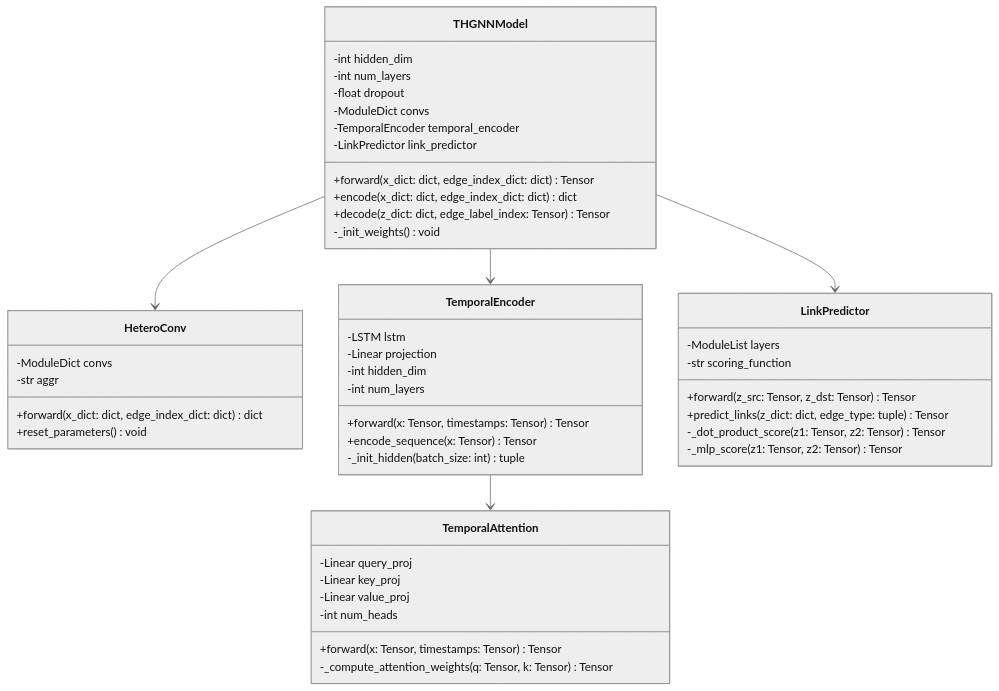
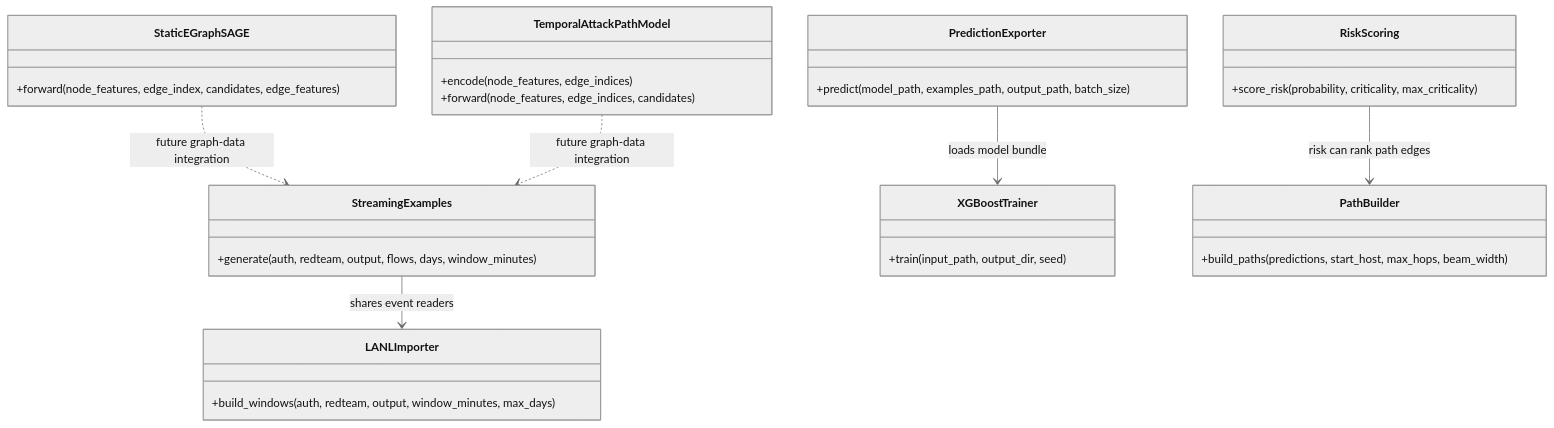
The diagram in documentation/architecture/UML_CLASS_DIAGRAMS.md (yukta2505/lanl-temporal-gnn-attack-path-prediction), drawn with Mermaid (neutral theme) before and after one commit. The commit also changed other lines of this file and 136 other files, not shown here.

````diff
--- a/documentation/architecture/UML_CLASS_DIAGRAMS.md
+++ b/documentation/architecture/UML_CLASS_DIAGRAMS.md
@@ -178,55 +6,33 @@
 ```mermaid
 classDiagram
-    class THGNNModel {
-        -int hidden_dim
-        -int num_layers
-        -float dropout
-        -ModuleDict convs
-        -TemporalEncoder temporal_encoder
-        -LinkPredictor link_predictor
-        +forward(x_dict: dict, edge_index_dict: dict) Tensor
-        +encode(x_dict: dict, edge_index_dict: dict) dict
-        +decode(z_dict: dict, edge_label_index: Tensor) Tensor
-        -_init_weights() void
+    class LANLImporter {
+        +build_windows(auth, redteam, output, window_minutes, max_days)
     }
-
-    class HeteroConv {
-        -ModuleDict convs
-        -str aggr
-        +forward(x_dict: dict, edge_index_dict: dict) dict
-        +reset_parameters() void
+    class StreamingExamples {
+        +generate(auth, redteam, output, flows, days, window_minutes)
     }
-
-    class TemporalEncoder {
-        -LSTM lstm
-        -Linear projection
-        -int hidden_dim
-        -int num_layers
-        +forward(x: Tensor, timestamps: Tensor) Tensor
-        +encode_sequence(x: Tensor) Tensor
-        -_init_hidden(batch_size: int) tuple
+    class XGBoostTrainer {
+        +train(input_path, output_dir, seed)
     }
-
-    class TemporalAttention {
-        -Linear query_proj
-        -Linear key_proj
-        -Linear value_proj
-        -int num_heads
-        +forward(x: Tensor, timestamps: Tensor) Tensor
-        -_compute_attention_weights(q: Tensor, k: Tensor) Tensor
+    class PredictionExporter {
+        +predict(model_path, examples_path, output_path, batch_size)
     }
-
-    class LinkPredictor {
-        -ModuleList layers
-        -str scoring_function
-        +forward(z_src: Tensor, z_dst: Tensor) Tensor
-        +predict_links(z_dict: dict, edge_type: tuple) Tensor
-        -_dot_product_score(z1: Tensor, z2: Tensor) Tensor
-        -_mlp_score(z1: Tensor, z2: Tensor) Tensor
+    class StaticEGraphSAGE {
+        +forward(node_features, edge_index, candidates, edge_features)
     }
-
-    THGNNModel --> HeteroConv
-    THGNNModel --> TemporalEncoder
-    THGNNModel --> LinkPredictor
-    TemporalEncoder --> TemporalAttention
+    class TemporalAttackPathModel {
+        +encode(node_features, edge_indices)
+        +forward(node_features, edge_indices, candidates)
+    }
+    class RiskScoring {
+        +score_risk(probability, criticality, max_criticality)
+    }
+    class PathBuilder {
+        +build_paths(predictions, start_host, max_hops, beam_width)
+    }
+    StreamingExamples --> LANLImporter : shares event readers
+    PredictionExporter --> XGBoostTrainer : loads model bundle
+    StaticEGraphSAGE ..> StreamingExamples : future graph-data integration
+    TemporalAttackPathModel ..> StreamingExamples : future graph-data integration
+    RiskScoring --> PathBuilder : risk can rank path edges
 ```
````
